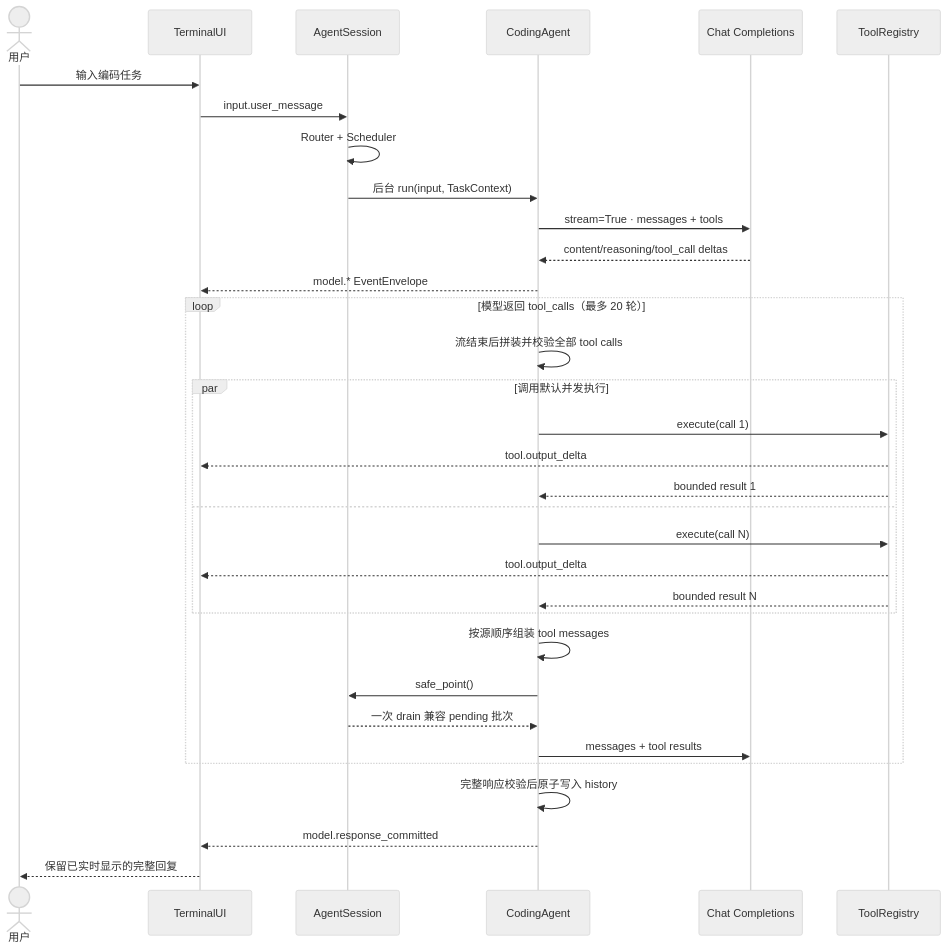
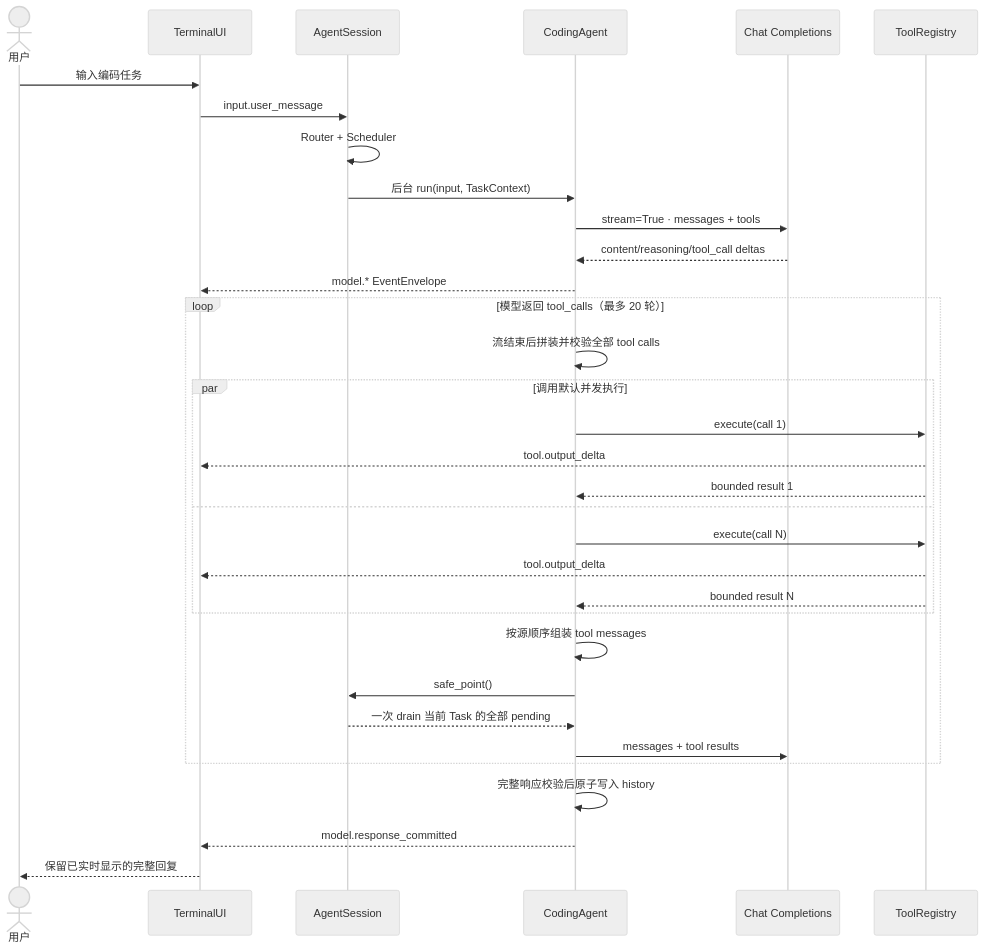
Before and after one commit to hxr223/laoHuangCode: the second of 2 diagrams in docs/architecture.md, drawn with Mermaid (neutral theme). The commit also changed other lines of this file and 8 other files, not shown here.

````diff
--- a/docs/architecture.md
+++ b/docs/architecture.md
@@ -98,38 +98,38 @@
 ```mermaid
 sequenceDiagram
     actor User as 用户
     participant UI as TerminalUI
     participant Session as AgentSession
     participant Agent as CodingAgent
     participant API as Chat Completions
     participant Tools as ToolRegistry
 
     User->>UI: 输入编码任务
     UI->>Session: input.user_message
     Session->>Session: Router + Scheduler
     Session->>Agent: 后台 run(input, TaskContext)
     Agent->>API: stream=True · messages + tools
     API-->>Agent: content/reasoning/tool_call deltas
     Agent-->>UI: model.* EventEnvelope
 
     loop 模型返回 tool_calls（最多 20 轮）
         Agent->>Agent: 流结束后拼装并校验全部 tool calls
         par 调用默认并发执行
             Agent->>Tools: execute(call 1)
             Tools-->>UI: tool.output_delta
             Tools-->>Agent: bounded result 1
         and
             Agent->>Tools: execute(call N)
             Tools-->>UI: tool.output_delta
             Tools-->>Agent: bounded result N
         end
         Agent->>Agent: 按源顺序组装 tool messages
         Agent->>Session: safe_point()
-        Session-->>Agent: 一次 drain 兼容 pending 批次
+        Session-->>Agent: 一次 drain 当前 Task 的全部 pending
         Agent->>API: messages + tool results
     end
 
     Agent->>Agent: 完整响应校验后原子写入 history
     Agent-->>UI: model.response_committed
     UI-->>User: 保留已实时显示的完整回复
 ```
````
